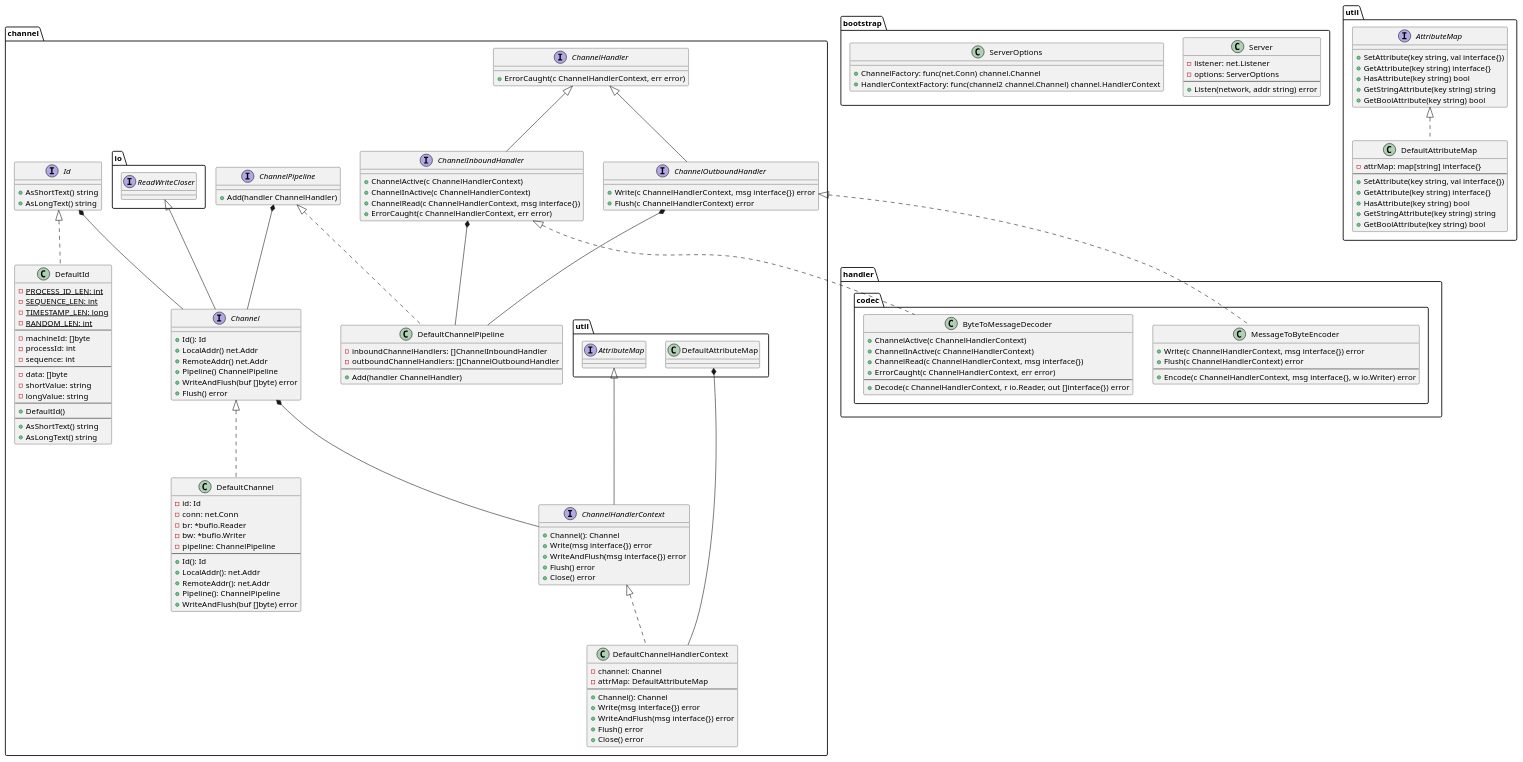
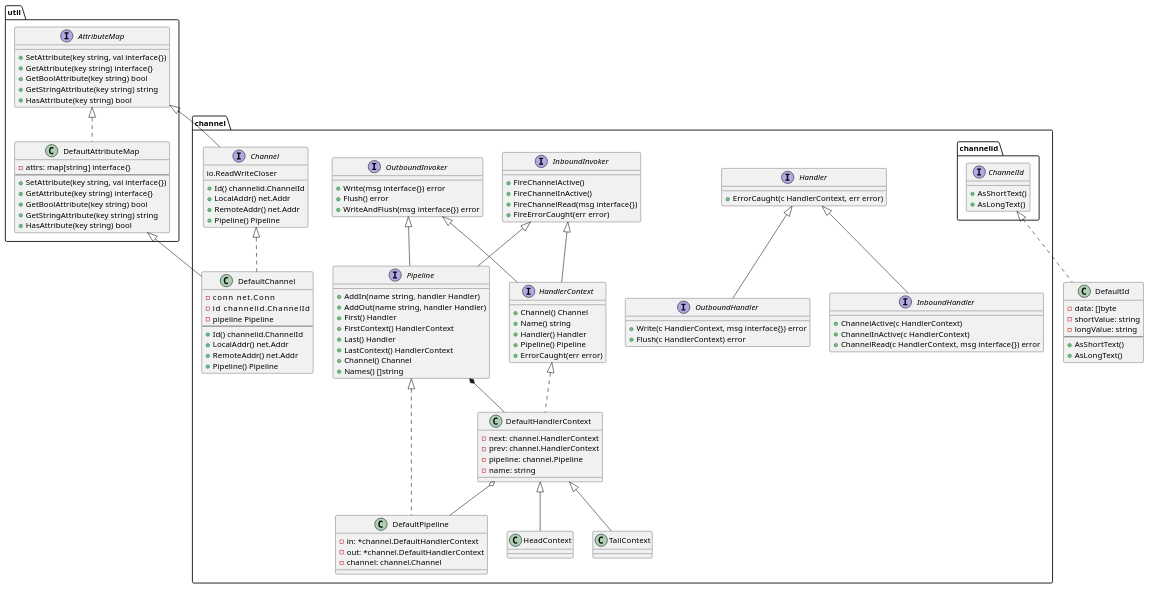
One commit to halia-group/halia changed the diagram in docs/class.puml. Above: the diagram before and after it, drawn with PlantUML. The commit also changed 11 other files, not shown here.

```diff
--- a/docs/class.puml
+++ b/docs/class.puml
@@ -1,161 +1,119 @@
 @startuml
-
-namespace channel {
-    interface Id {
-        + AsShortText() string
-        + AsLongText() string
-    }
-
-    class DefaultId implements Id {
-        - {static} PROCESS_ID_LEN: int
-        - {static} SEQUENCE_LEN: int
-        - {static} TIMESTAMP_LEN: long
-        - {static} RANDOM_LEN: int
-        --
-        - machineId: []byte
-        - processId: int
-        - sequence: int
-        --
-        - data: []byte
-        - shortValue: string
-        - longValue: string
-        --
-        + DefaultId()
-        --
-        + AsShortText() string
-        + AsLongText() string
-    }
-
-    interface ChannelPipeline {
-        + Add(handler ChannelHandler)
-    }
-
-    class DefaultChannelPipeline implements ChannelPipeline {
-        - inboundChannelHandlers: []ChannelInboundHandler
-        - outboundChannelHandlers: []ChannelOutboundHandler
-        --
-        + Add(handler ChannelHandler)
-    }
-
-    ChannelInboundHandler *-- DefaultChannelPipeline
-    ChannelOutboundHandler *-- DefaultChannelPipeline
-
-    interface Channel extends io.ReadWriteCloser {
-        + Id(): Id
-        + LocalAddr() net.Addr
-        + RemoteAddr() net.Addr
-        + Pipeline() ChannelPipeline
-        + WriteAndFlush(buf []byte) error
-        + Flush() error
-    }
-
-    Id *-- Channel
-    ChannelPipeline *-- Channel
-
-    class DefaultChannel implements Channel {
-        - id: Id
-        - conn: net.Conn
-        - br: *bufio.Reader
-        - bw: *bufio.Writer
-        - pipeline: ChannelPipeline
-        --
-        + Id(): Id
-        + LocalAddr(): net.Addr
-        + RemoteAddr(): net.Addr
-        + Pipeline(): ChannelPipeline
-        + WriteAndFlush(buf []byte) error
-    }
-
-    interface ChannelHandlerContext extends util.AttributeMap {
-        + Channel(): Channel
-        + Write(msg interface{}) error
-        + WriteAndFlush(msg interface{}) error
-        + Flush() error
-        + Close() error
-    }
-    Channel *-- ChannelHandlerContext
-
-    class DefaultChannelHandlerContext implements ChannelHandlerContext {
-        - channel: Channel
-        - attrMap: DefaultAttributeMap
-        --
-        + Channel(): Channel
-        + Write(msg interface{}) error
-        + WriteAndFlush(msg interface{}) error
-        + Flush() error
-        + Close() error
-    }
-
-    util.DefaultAttributeMap *-- DefaultChannelHandlerContext
-
-    interface ChannelHandler {
-        + ErrorCaught(c ChannelHandlerContext, err error)
-    }
-
-    interface ChannelInboundHandler extends ChannelHandler {
-        + ChannelActive(c ChannelHandlerContext)
-        + ChannelInActive(c ChannelHandlerContext)
-        + ChannelRead(c ChannelHandlerContext, msg interface{})
-        + ErrorCaught(c ChannelHandlerContext, err error)
-    }
-
-    interface ChannelOutboundHandler extends ChannelHandler {
-        + Write(c ChannelHandlerContext, msg interface{}) error
-        + Flush(c ChannelHandlerContext) error
-    }
+interface channel.channelid.ChannelId {
+    + AsShortText()
+    + AsLongText()
+}
+class DefaultId implements channel.channelid.ChannelId {
+    - data: []byte
+    - shortValue: string
+    - longValue: string
+    --
+    + AsShortText()
+    + AsLongText()
 }
 
-namespace handler {
-    namespace codec {
-        class ByteToMessageDecoder implements channel.ChannelInboundHandler {
-            + ChannelActive(c ChannelHandlerContext)
-            + ChannelInActive(c ChannelHandlerContext)
-            + ChannelRead(c ChannelHandlerContext, msg interface{})
-            + ErrorCaught(c ChannelHandlerContext, err error)
-            --
-            + Decode(c ChannelHandlerContext, r io.Reader, out []interface{}) error
-        }
-
-        class MessageToByteEncoder implements channel.ChannelOutboundHandler {
-            + Write(c ChannelHandlerContext, msg interface{}) error
-            + Flush(c ChannelHandlerContext) error
-            --
-            + Encode(c ChannelHandlerContext, msg interface{}, w io.Writer) error
-        }
-    }
+interface channel.Handler {
+    + ErrorCaught(c HandlerContext, err error)
 }
 
-namespace bootstrap {
-    class Server {
-        - listener: net.Listener
-        - options: ServerOptions
-        --
-        + Listen(network, addr string) error
-    }
-
-    class ServerOptions {
-        + ChannelFactory: func(net.Conn) channel.Channel
-        + HandlerContextFactory: func(channel2 channel.Channel) channel.HandlerContext
-    }
+interface channel.InboundHandler extends channel.Handler  {
+    + ChannelActive(c HandlerContext)
+    + ChannelInActive(c HandlerContext)
+    + ChannelRead(c HandlerContext, msg interface{}) error
 }
 
-namespace util {
-    interface AttributeMap {
-        + SetAttribute(key string, val interface{})
-        + GetAttribute(key string) interface{}
-        + HasAttribute(key string) bool
-        + GetStringAttribute(key string) string
-        + GetBoolAttribute(key string) bool
-    }
-    class DefaultAttributeMap implements AttributeMap {
-        - attrMap: map[string] interface{}
-        --
-        + SetAttribute(key string, val interface{})
-        + GetAttribute(key string) interface{}
-        + HasAttribute(key string) bool
-        + GetStringAttribute(key string) string
-        + GetBoolAttribute(key string) bool
-    }
+interface channel.OutboundHandler extends channel.Handler {
+    + Write(c HandlerContext, msg interface{}) error
+    + Flush(c HandlerContext) error
 }
 
+interface channel.InboundInvoker {
+    + FireChannelActive()
+    + FireChannelInActive()
+    + FireChannelRead(msg interface{})
+    + FireErrorCaught(err error)
+}
+
+interface channel.OutboundInvoker {
+    + Write(msg interface{}) error
+    + Flush() error
+    + WriteAndFlush(msg interface{}) error
+}
+
+interface channel.HandlerContext extends channel.InboundInvoker, channel.OutboundInvoker  {
+    + Channel() Channel
+    + Name() string
+    + Handler() Handler
+    + Pipeline() Pipeline
+    + ErrorCaught(err error)
+}
+
+interface channel.Pipeline extends channel.InboundInvoker, channel.OutboundInvoker {
+    + AddIn(name string, handler Handler)
+    + AddOut(name string, handler Handler)
+    + First() Handler
+    + FirstContext() HandlerContext
+    + Last() Handler
+    + LastContext() HandlerContext
+    + Channel() Channel
+    + Names() []string
+}
+
+interface channel.Channel extends util.AttributeMap {
+    io.ReadWriteCloser
+    + Id() channelid.ChannelId
+    + LocalAddr() net.Addr
+    + RemoteAddr() net.Addr
+    + Pipeline() Pipeline
+}
+
+interface util.AttributeMap {
+    + SetAttribute(key string, val interface{})
+    + GetAttribute(key string) interface{}
+    + GetBoolAttribute(key string) bool
+    + GetStringAttribute(key string) string
+    + HasAttribute(key string) bool
+}
+
+class util.DefaultAttributeMap implements util.AttributeMap {
+    - attrs: map[string] interface{}
+    --
+    + SetAttribute(key string, val interface{})
+    + GetAttribute(key string) interface{}
+    + GetBoolAttribute(key string) bool
+    + GetStringAttribute(key string) string
+    + HasAttribute(key string) bool
+}
+
+class channel.DefaultChannel extends util.DefaultAttributeMap implements channel.Channel {
+    - conn     net.Conn
+    - id       channelid.ChannelId
+    - pipeline Pipeline
+    --
+    + Id() channelid.ChannelId
+    + LocalAddr() net.Addr
+    + RemoteAddr() net.Addr
+    + Pipeline() Pipeline
+}
+
+class channel.DefaultHandlerContext implements channel.HandlerContext {
+    - next: channel.HandlerContext
+    - prev: channel.HandlerContext
+    - pipeline: channel.Pipeline
+    - name: string
+}
+
+channel.Pipeline *-- channel.DefaultHandlerContext
+channel.DefaultHandlerContext o-- channel.DefaultPipeline
+class channel.HeadContext extends channel.DefaultHandlerContext {
+}
+
+class channel.TailContext extends channel.DefaultHandlerContext {
+}
+
+class channel.DefaultPipeline implements channel.Pipeline {
+    - in: *channel.DefaultHandlerContext
+    - out: *channel.DefaultHandlerContext
+    - channel: channel.Channel
+}
 @enduml
```
